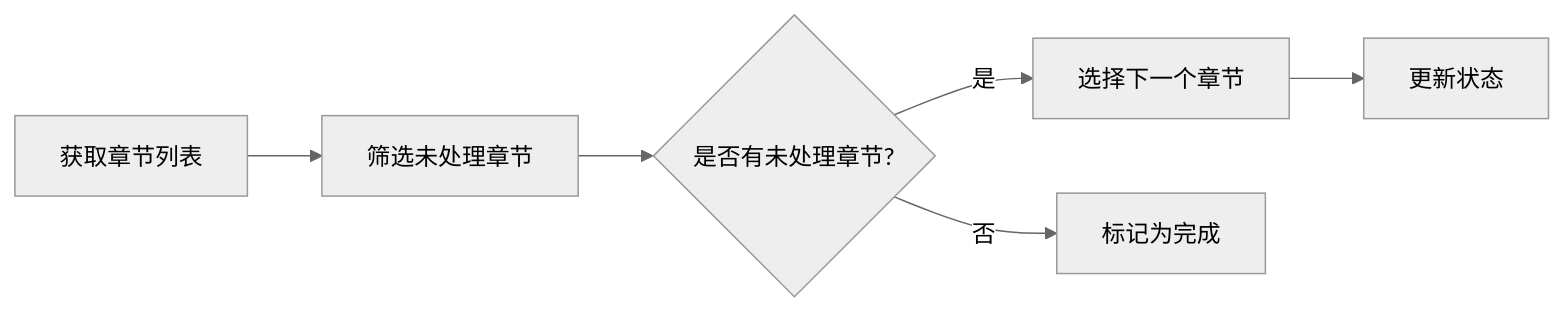
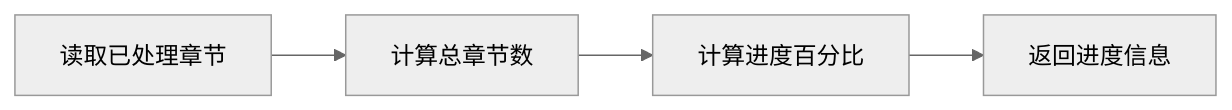
One commit to xueanxi/sharebook changed the third of 9 diagrams in docs/角色提取设计.md. Above: the diagram before and after it, drawn with Mermaid (neutral theme). The commit also changed other lines of this file, not shown here.

````diff
--- a/docs/角色提取设计.md
+++ b/docs/角色提取设计.md
@@ -44,8 +96,6 @@
   ```mermaid
   flowchart LR
-      A[获取章节列表] --> B[筛选未处理章节]
-      B --> C{是否有未处理章节?}
-      C -->|是| D[选择下一个章节]
-      C -->|否| E[标记为完成]
-      D --> F[更新状态]
+      A[读取已处理章节] --> B[计算总章节数]
+      B --> C[计算进度百分比]
+      C --> D[返回进度信息]
   ```
````
